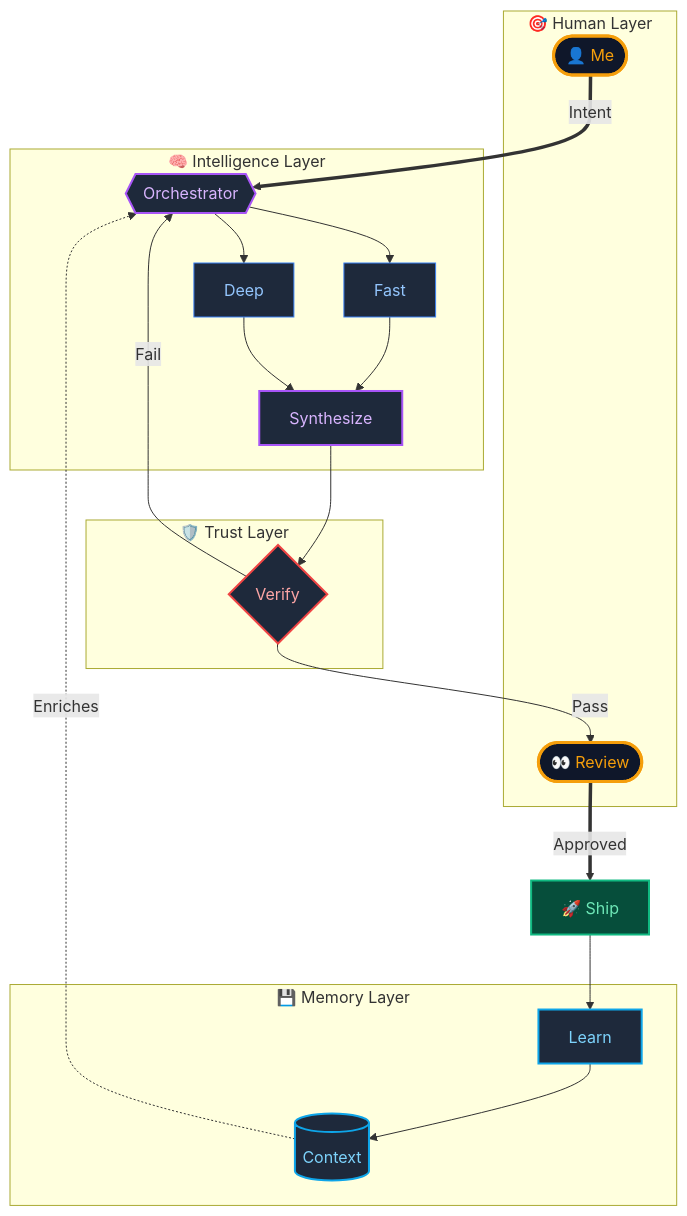
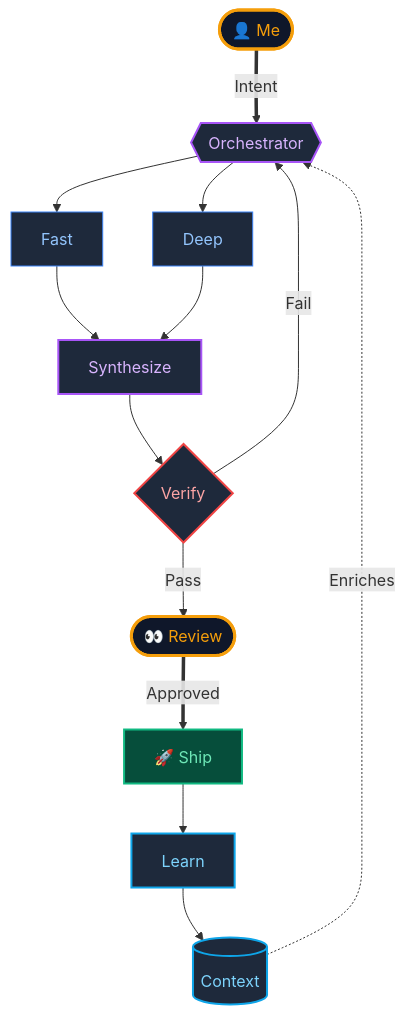
One commit to shifujosh/shifujosh changed the diagram in assets/architecture.mmd. Above: the diagram before and after it, drawn with Mermaid. The commit also changed 1 other file, not shown here.

Commit message:
style: Flatten architecture diagram (remove subgraph boxes)

```diff
--- a/assets/architecture.mmd
+++ b/assets/architecture.mmd
@@ -1,42 +1,26 @@
 graph TD
     classDef human fill:#0f172a,stroke:#f59e0b,stroke-width:3px,color:#f59e0b;
     classDef ai fill:#1e293b,stroke:#a855f7,stroke-width:2px,color:#d8b4fe;
     classDef work fill:#1e293b,stroke:#3b82f6,stroke-width:1px,color:#93c5fd;
     classDef verify fill:#1e293b,stroke:#ef4444,stroke-width:2px,color:#fca5a5;
     classDef memory fill:#1e293b,stroke:#0ea5e9,stroke-width:2px,color:#7dd3fc;
     classDef ship fill:#064e3b,stroke:#10b981,stroke-width:2px,color:#6ee7b7;
 
-    subgraph Human ["🎯 Human Layer"]
-        Me(["👤 Me"]):::human
-        Review(["👀 Review"]):::human
-    end
-
-    subgraph Intelligence ["🧠 Intelligence Layer"]
-        Engine{{"Orchestrator"}}:::ai
-        Fast["Fast"]:::work
-        Deep["Deep"]:::work
-        Synthesize["Synthesize"]:::ai
-    end
-
-    subgraph Trust ["🛡️ Trust Layer"]
-        Verify{"Verify"}:::verify
-    end
-
-    subgraph Memory ["💾 Memory Layer"]
-        Context[(Context)]:::memory
-        Learn["Learn"]:::memory
-    end
-
-    Me ==>|Intent| Engine
-    Context -.->|Enriches| Engine
+    Me(["👤 Me"]):::human
     
-    Engine --> Fast & Deep
-    Fast & Deep --> Synthesize
-    Synthesize --> Verify
+    Me ==>|Intent| Engine{{"Orchestrator"}}:::ai
+    Context[(Context)]:::memory -.->|Enriches| Engine
+    
+    Engine --> Fast["Fast"]:::work
+    Engine --> Deep["Deep"]:::work
+    
+    Fast & Deep --> Synthesize["Synthesize"]:::ai
+    Synthesize --> Verify{"Verify"}:::verify
     
     Verify -->|Fail| Engine
-    Verify -->|Pass| Review
+    Verify -->|Pass| Review(["👀 Review"]):::human
+    
     Review ==>|Approved| Ship["🚀 Ship"]:::ship
     
-    Ship --> Learn
+    Ship --> Learn["Learn"]:::memory
     Learn --> Context
```
